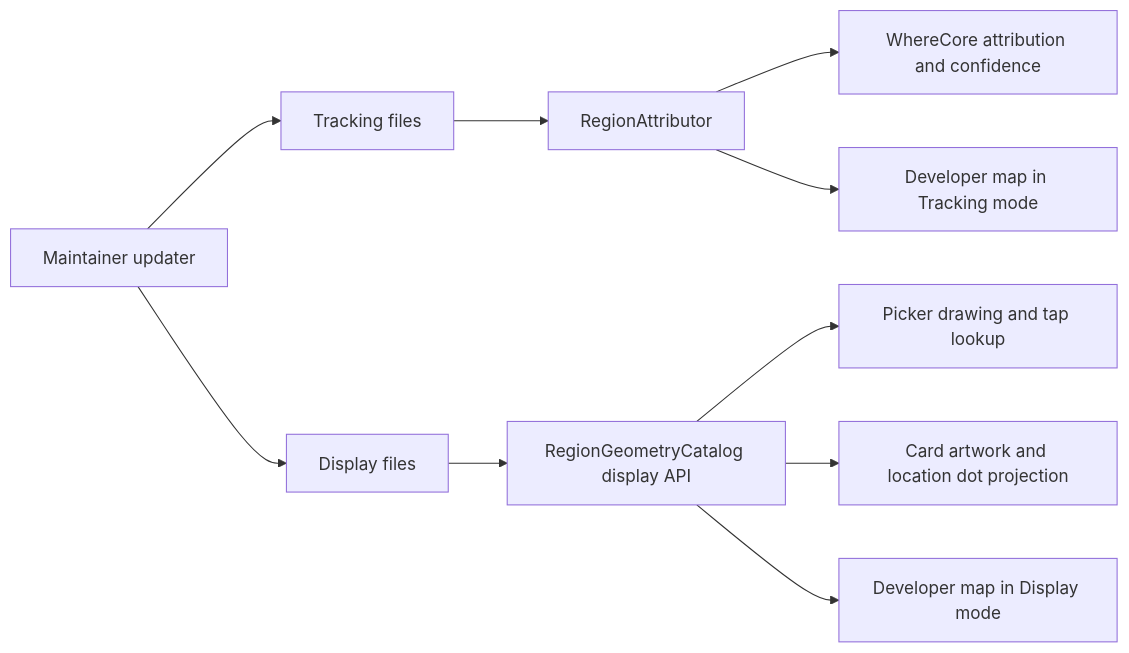
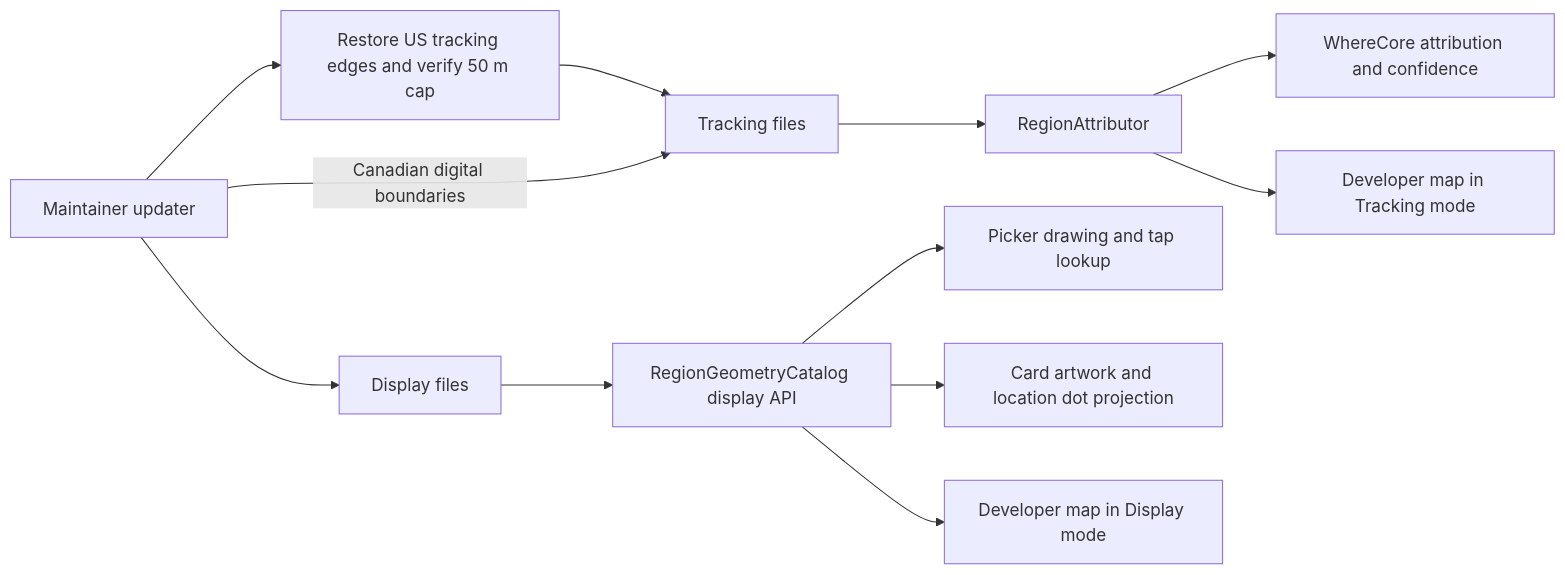
Before and after one commit to kyleve/Stuff: the diagram in Plans/2026-11-22-north-american-regions/06-tracking-and-display-boundaries.md, drawn with Mermaid. The commit also changed other lines of this file and 1 other file, not shown here.

First line of the commit message:
docs(where): cap US tracking boundary displacement at 50 m in plan

````diff
--- a/Plans/2026-11-22-north-american-regions/06-tracking-and-display-boundaries.md
+++ b/Plans/2026-11-22-north-american-regions/06-tracking-and-display-boundaries.md
@@ -58,12 +73,14 @@
 ```mermaid
 flowchart LR
-    U["Maintainer updater"] --> T["Tracking files"]
+    U["Maintainer updater"] --> US["Restore US tracking edges and verify 50 m cap"]
+    US --> T["Tracking files"]
+    U -->|Canadian digital boundaries| T
     U --> D["Display files"]
     T --> A["RegionAttributor"]
     A --> C["WhereCore attribution and confidence"]
     A --> V["Developer map in Tracking mode"]
     D --> G["RegionGeometryCatalog display API"]
     G --> P["Picker drawing and tap lookup"]
     G --> W["Card artwork and location dot projection"]
     G --> M["Developer map in Display mode"]
 ```
````
